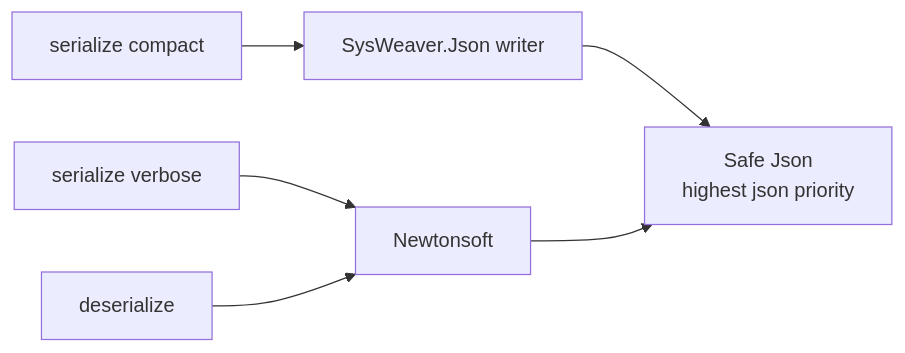
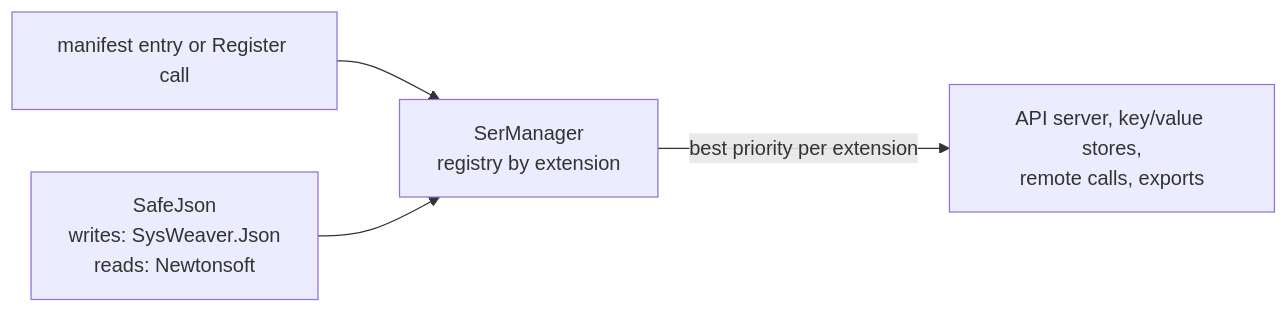
Before and after one commit to dosh1974/SysWeaver: the diagram in Serialization/SysWeaver.Serialization.SafeJson/README.md, drawn with Mermaid. The commit also changed other lines of this file and 532 other files, not shown here.

````diff
--- a/Serialization/SysWeaver.Serialization.SafeJson/README.md
+++ b/Serialization/SysWeaver.Serialization.SafeJson/README.md
@@ -18,8 +19,6 @@
 ```mermaid
 flowchart LR
-  Out["serialize compact"] --> SW["SysWeaver.Json writer"]
-  Verbose["serialize verbose"] --> NS["Newtonsoft"]
-  In["deserialize"] --> NS
-  SW --> Safe["Safe Json<br/>highest json priority"]
-  NS --> Safe
+  Manifest["manifest entry or Register call"] --> SerM["SerManager<br/>registry by extension"]
+  Plugin["SafeJson<br/>writes: SysWeaver.Json<br/>reads: Newtonsoft"] --> SerM
+  SerM -->|best priority per extension| Users["API server, key/value stores,<br/>remote calls, exports"]
 ```
````
